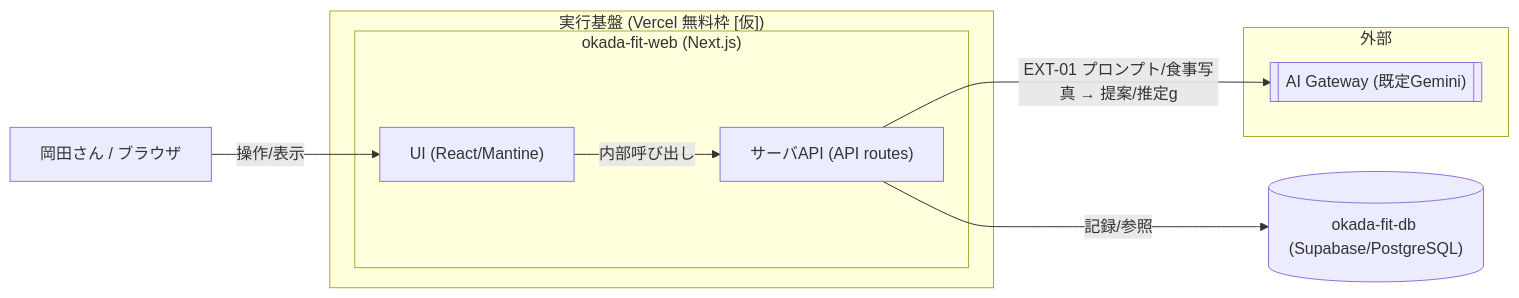
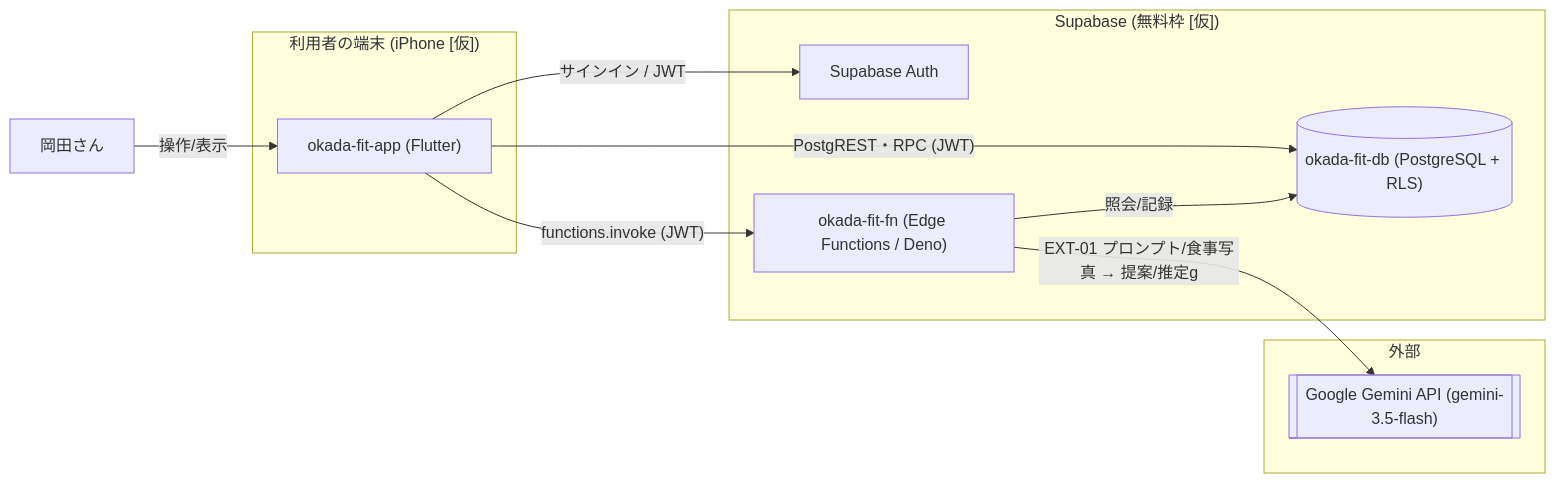
One commit to k-okada51/okada-fit changed the diagram in docs/02_設計/10_システム基本設計/01_構成要素.md. Above: the diagram before and after it, drawn with Mermaid. The commit also changed other lines of this file and 37 other files, not shown here.

````diff
--- a/docs/02_設計/10_システム基本設計/01_構成要素.md
+++ b/docs/02_設計/10_システム基本設計/01_構成要素.md
@@ -39,18 +44,21 @@
 ```mermaid
 flowchart LR
   subgraph EXT[外部]
-    AIGW[["AI Gateway (既定Gemini)"]]
+    GEMINI[["Google Gemini API (gemini-3.5-flash)"]]
   end
-  subgraph SYS["実行基盤 (Vercel 無料枠 [仮])"]
-    subgraph WEB["okada-fit-web (Next.js)"]
-      UI["UI (React/Mantine)"]
-      API["サーバAPI (API routes)"]
-    end
+  subgraph DEV["利用者の端末 (iPhone [仮])"]
+    APP["okada-fit-app (Flutter)"]
   end
-  DB[("okada-fit-db (Supabase/PostgreSQL)")]
+  subgraph SB["Supabase (無料枠 [仮])"]
+    AUTH["Supabase Auth"]
+    FN["okada-fit-fn (Edge Functions / Deno)"]
+    DB[("okada-fit-db (PostgreSQL + RLS)")]
+  end
 
-  U["岡田さん / ブラウザ"] -- 操作/表示 --> UI
-  UI -- 内部呼び出し --> API
-  API -- 記録/参照 --> DB
-  API -- "EXT-01 プロンプト/食事写真 → 提案/推定g" --> AIGW
+  U["岡田さん"] -- 操作/表示 --> APP
+  APP -- "サインイン / JWT" --> AUTH
+  APP -- "PostgREST・RPC (JWT)" --> DB
+  APP -- "functions.invoke (JWT)" --> FN
+  FN -- 照会/記録 --> DB
+  FN -- "EXT-01 プロンプト/食事写真 → 提案/推定g" --> GEMINI
 ```
````
